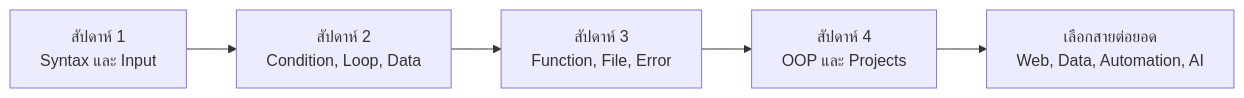
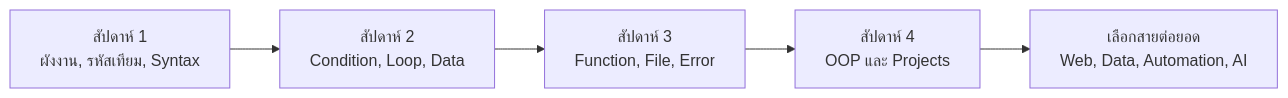
The diagram in docs/th/roadmap.md (tantaihaha4487/python101), drawn with Mermaid before and after one commit. The commit also changed other lines of this file and 9 other files, not shown here.

````diff
--- a/docs/th/roadmap.md
+++ b/docs/th/roadmap.md
@@ -7,7 +7,7 @@
 ```mermaid
 flowchart LR
-  A["สัปดาห์ 1<br/>Syntax และ Input"] --> B["สัปดาห์ 2<br/>Condition, Loop, Data"]
+  A["สัปดาห์ 1<br/>ผังงาน, รหัสเทียม, Syntax"] --> B["สัปดาห์ 2<br/>Condition, Loop, Data"]
   B --> C["สัปดาห์ 3<br/>Function, File, Error"]
   C --> D["สัปดาห์ 4<br/>OOP และ Projects"]
   D --> E["เลือกสายต่อยอด<br/>Web, Data, Automation, AI"]
 ```
````
